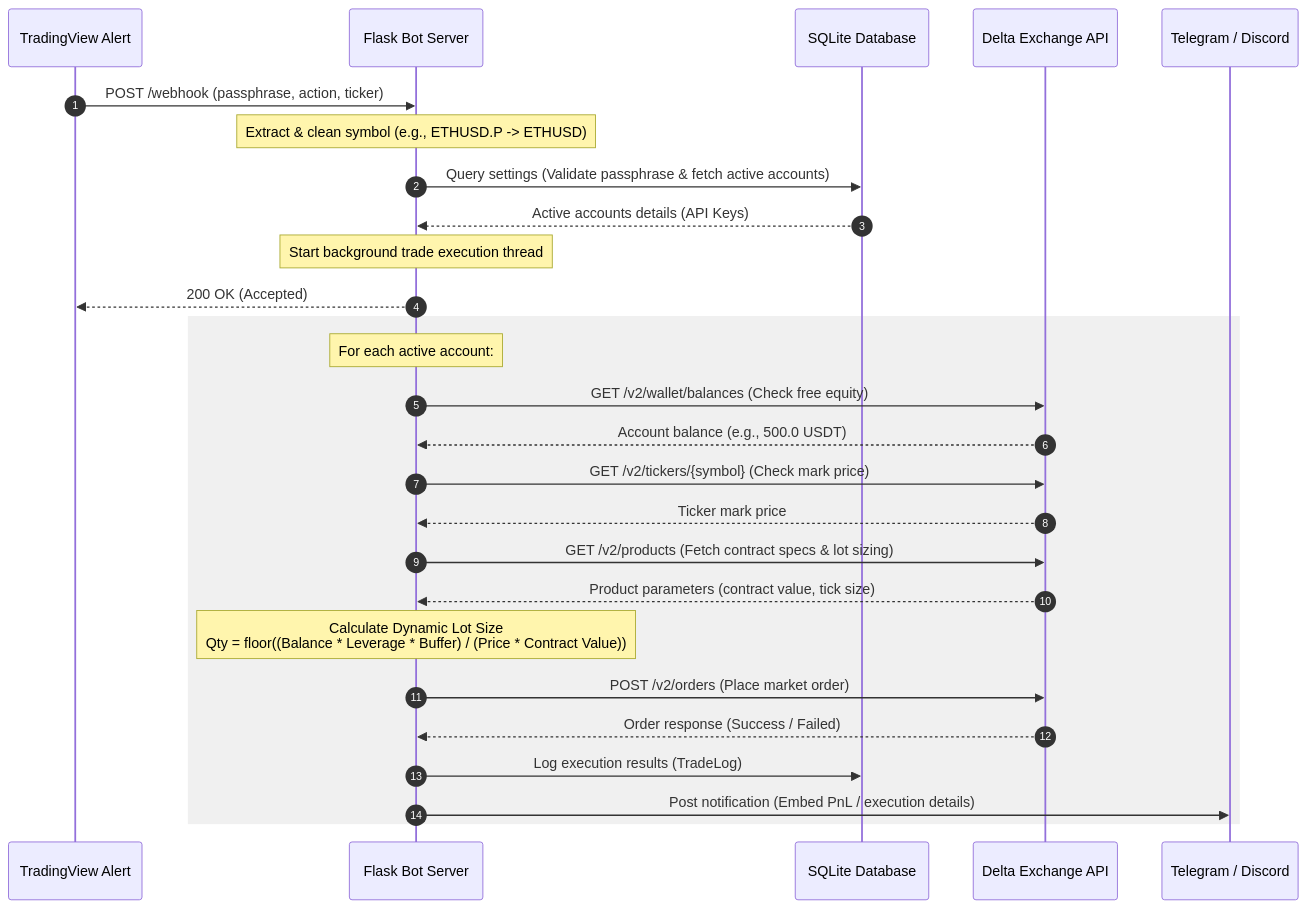
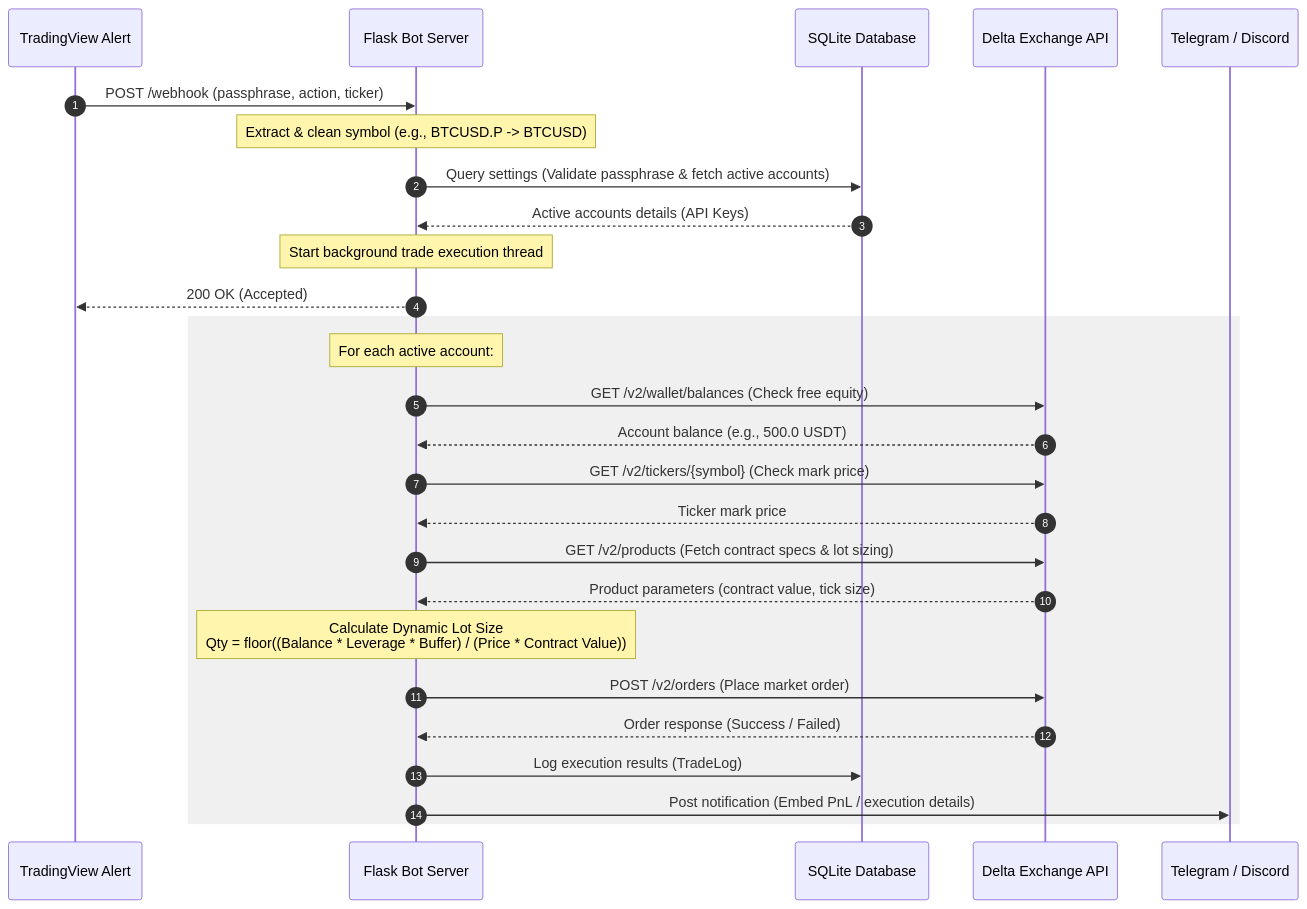
One commit to dhruvv16-hash/DeltaBridge changed the second of 3 diagrams in README.md. Above: the diagram before and after it, drawn with Mermaid. The commit also changed other lines of this file and 8 other files, not shown here.

Commit message:
Restore leverage and balance buffer PCT configuration/calculation, set TRADING_SYMBOL as empty placeholder, and remove all remaining ETHUSD.P references

````diff
--- a/README.md
+++ b/README.md
@@ -45,37 +45,37 @@
 ```mermaid
 sequenceDiagram
     autonumber
     participant TV as TradingView Alert
     participant Flask as Flask Bot Server
     participant DB as SQLite Database
     participant Delta as Delta Exchange API
     participant Chat as Telegram / Discord
     
     TV ->> Flask: POST /webhook (passphrase, action, ticker)
-    Note over Flask: Extract & clean symbol (e.g., ETHUSD.P -> ETHUSD)
+    Note over Flask: Extract & clean symbol (e.g., BTCUSD.P -> BTCUSD)
     Flask ->> DB: Query settings (Validate passphrase & fetch active accounts)
     DB -->> Flask: Active accounts details (API Keys)
     
     Note over Flask: Start background trade execution thread
     Flask -->> TV: 200 OK (Accepted)
     
     rect rgb(240, 240, 240)
         Note over Flask: For each active account:
         Flask ->> Delta: GET /v2/wallet/balances (Check free equity)
         Delta -->> Flask: Account balance (e.g., 500.0 USDT)
         
         Flask ->> Delta: GET /v2/tickers/{symbol} (Check mark price)
         Delta -->> Flask: Ticker mark price
         
         Flask ->> Delta: GET /v2/products (Fetch contract specs & lot sizing)
         Delta -->> Flask: Product parameters (contract value, tick size)
         
         Note over Flask: Calculate Dynamic Lot Size<br/>Qty = floor((Balance * Leverage * Buffer) / (Price * Contract Value))
         
         Flask ->> Delta: POST /v2/orders (Place market order)
         Delta -->> Flask: Order response (Success / Failed)
         
         Flask ->> DB: Log execution results (TradeLog)
         Flask ->> Chat: Post notification (Embed PnL / execution details)
     end
 ```
````
